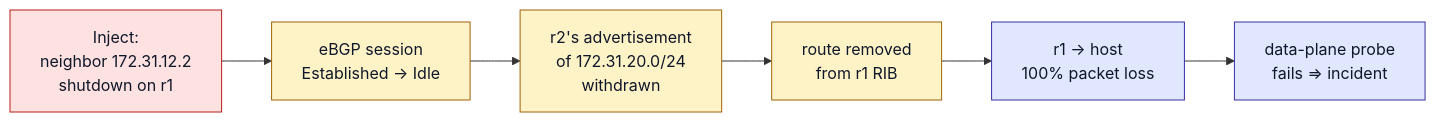
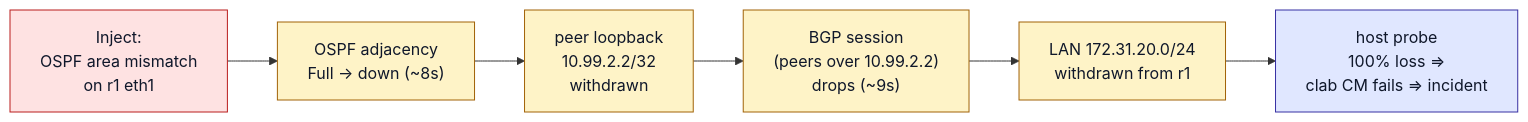
One commit to erjosito/networking-sre-agent changed the third of 4 diagrams in docs/containerlab-onprem-how-it-works.md. Above: the diagram before and after it, drawn with Mermaid. The commit also changed other lines of this file and 7 other files, not shown here.

````diff
--- a/docs/containerlab-onprem-how-it-works.md
+++ b/docs/containerlab-onprem-how-it-works.md
@@ -365,14 +383,14 @@
 ```mermaid
 flowchart LR
-    A["Inject:<br/>neighbor 172.31.12.2<br/>shutdown on r1"] --> B["eBGP session<br/>Established → Idle"]
-    B --> C["r2's advertisement<br/>of 172.31.20.0/24<br/>withdrawn"]
-    C --> D["route removed<br/>from r1 RIB"]
-    D --> E["r1 → host<br/>100% packet loss"]
-    E --> F["data-plane probe<br/>fails ⇒ incident"]
+    A["Inject:<br/>OSPF area mismatch<br/>on r1 eth1"] --> B["OSPF adjacency<br/>Full → down (~8s)"]
+    B --> C["peer loopback<br/>10.99.2.2/32<br/>withdrawn"]
+    C --> D["BGP session<br/>(peers over 10.99.2.2)<br/>drops (~9s)"]
+    D --> E["LAN 172.31.20.0/24<br/>withdrawn from r1"]
+    E --> F["host probe<br/>100% loss ⇒<br/>clab CM fails ⇒ incident"]
     classDef inject fill:#fee2e2,stroke:#b91c1c,color:#0f172a;
     classDef effect fill:#fef3c7,stroke:#a16207,color:#0f172a;
     classDef outcome fill:#e0e7ff,stroke:#3730a3,color:#0f172a;
     class A inject;
-    class B,C,D effect;
-    class E,F outcome;
+    class B,C,D,E effect;
+    class F outcome;
 ```
````
